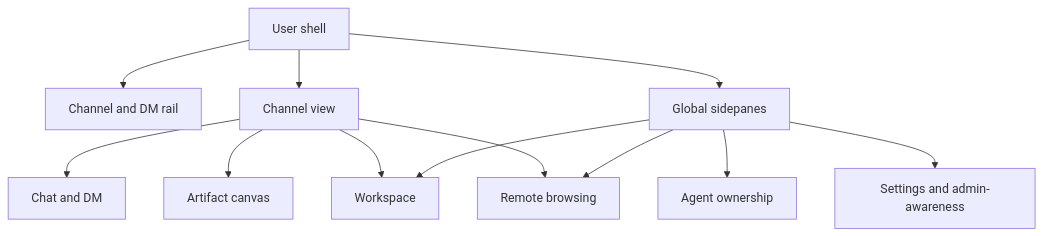
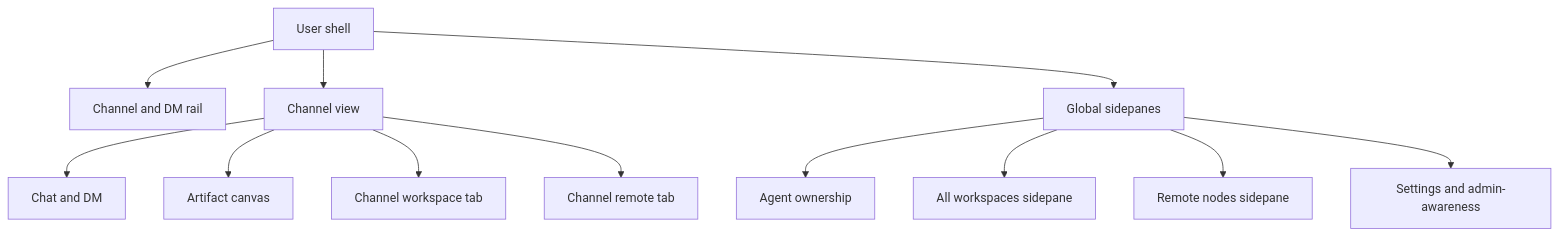
Before and after one commit to codetreker/borgee: the diagram in docs/current/client/feature-surfaces.md, drawn with Mermaid. The commit also changed other lines of this file and 6 other files, not shown here.

````diff
--- a/docs/current/client/feature-surfaces.md
+++ b/docs/current/client/feature-surfaces.md
@@ -7,25 +7,27 @@
 ```mermaid
 flowchart TB
   Shell[User shell]
   Rail[Channel and DM rail]
   Channel[Channel view]
   Sidepanes[Global sidepanes]
   Chat[Chat and DM]
   Canvas[Artifact canvas]
-  Workspace[Workspace]
-  Remote[Remote browsing]
+  ChannelWorkspace[Channel workspace tab]
+  AllWorkspaces[All workspaces sidepane]
+  ChannelRemote[Channel remote tab]
+  RemoteNodes[Remote nodes sidepane]
   Agents[Agent ownership]
   Settings[Settings and admin-awareness]
 
   Shell --> Rail
   Shell --> Channel
   Shell --> Sidepanes
   Channel --> Chat
   Channel --> Canvas
-  Channel --> Workspace
-  Channel --> Remote
+  Channel --> ChannelWorkspace
+  Channel --> ChannelRemote
   Sidepanes --> Agents
-  Sidepanes --> Workspace
-  Sidepanes --> Remote
+  Sidepanes --> AllWorkspaces
+  Sidepanes --> RemoteNodes
   Sidepanes --> Settings
 ```
````
